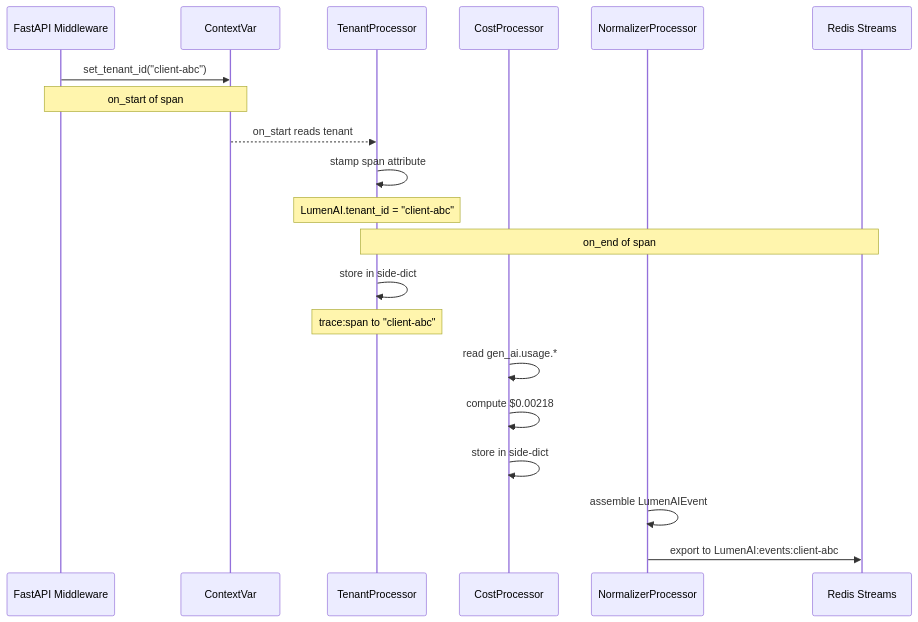
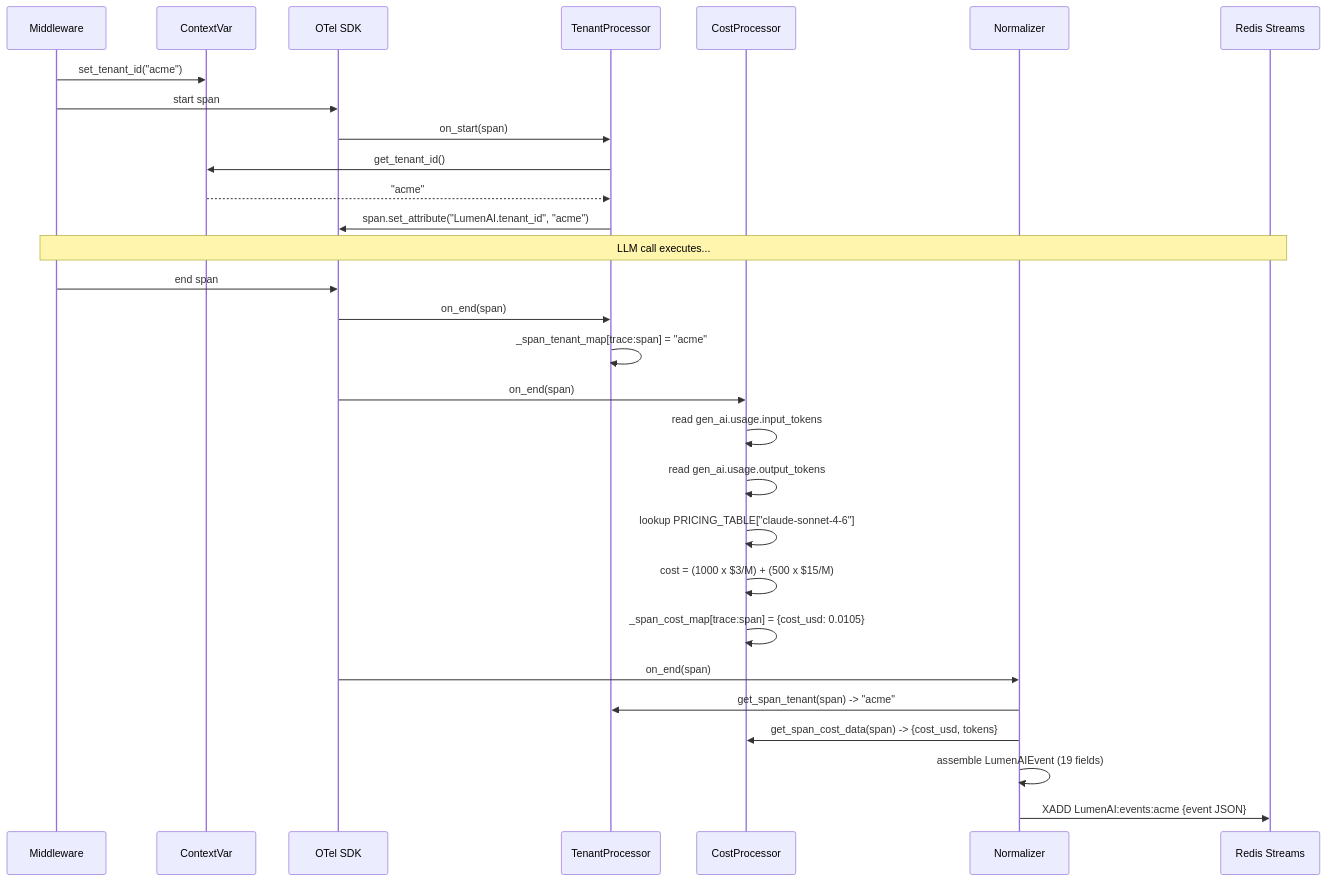
Before and after one commit to skarL007/-lumen-ai-sdk: the second of 5 diagrams in packages/lumen-ai-celery/README.md, drawn with Mermaid. The commit also changed other lines of this file and 3 other files, not shown here.

Commit message:
docs: update README — PyPI live, technical diagrams, fix outdated sections

````diff
--- a/packages/lumen-ai-celery/README.md
+++ b/packages/lumen-ai-celery/README.md
@@ -119,24 +118,36 @@
 ```mermaid
 sequenceDiagram
-    participant MW as FastAPI Middleware
+    participant MW as Middleware
     participant CV as ContextVar
-    participant T as TenantProcessor
-    participant C as CostProcessor
-    participant N as NormalizerProcessor
+    participant SDK as OTel SDK
+    participant P1 as TenantProcessor
+    participant P2 as CostProcessor
+    participant P3 as Normalizer
     participant R as Redis Streams
 
-    MW->>CV: set_tenant_id("client-abc")
-    Note over MW,CV: on_start of span
-    CV-->>T: on_start reads tenant
-    T->>T: stamp span attribute
-    Note over T: LumenAI.tenant_id = "client-abc"
+    MW->>CV: set_tenant_id("acme")
+    MW->>SDK: start span
+    SDK->>P1: on_start(span)
+    P1->>CV: get_tenant_id()
+    CV-->>P1: "acme"
+    P1->>SDK: span.set_attribute("LumenAI.tenant_id", "acme")
 
-    Note over T,R: on_end of span
-    T->>T: store in side-dict
-    Note over T: trace:span to "client-abc"
-    C->>C: read gen_ai.usage.*
-    C->>C: compute $0.00218
-    C->>C: store in side-dict
-    N->>N: assemble LumenAIEvent
-    N->>R: export to LumenAI:events:client-abc
+    Note over MW,R: LLM call executes...
+
+    MW->>SDK: end span
+    SDK->>P1: on_end(span)
+    P1->>P1: _span_tenant_map[trace:span] = "acme"
+
+    SDK->>P2: on_end(span)
+    P2->>P2: read gen_ai.usage.input_tokens
+    P2->>P2: read gen_ai.usage.output_tokens
+    P2->>P2: lookup PRICING_TABLE["claude-sonnet-4-6"]
+    P2->>P2: cost = (1000 x $3/M) + (500 x $15/M)
+    P2->>P2: _span_cost_map[trace:span] = {cost_usd: 0.0105}
+
+    SDK->>P3: on_end(span)
+    P3->>P1: get_span_tenant(span) -> "acme"
+    P3->>P2: get_span_cost_data(span) -> {cost_usd, tokens}
+    P3->>P3: assemble LumenAIEvent (19 fields)
+    P3->>R: XADD LumenAI:events:acme {event JSON}
 ```
````
